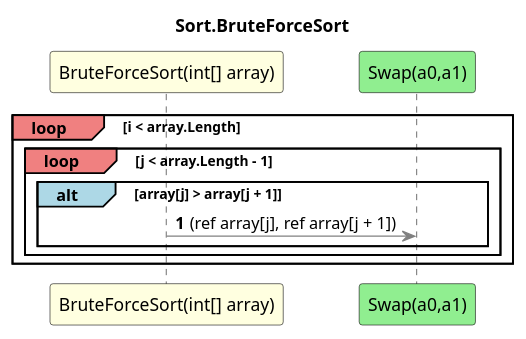
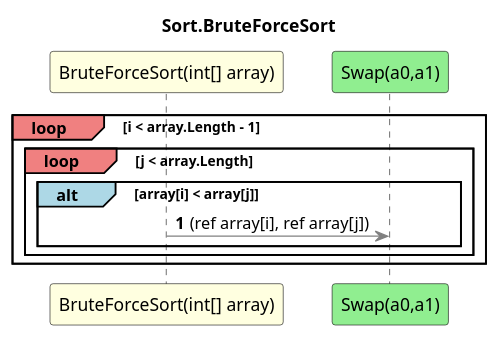
The diagram in SortingAlgorithms.ConApp/diagrams/sq_Sort_BruteForceSort.puml (leoggehrer/2324-34_ABIF_ACIF_POSE), drawn with PlantUML before and after one commit. The commit also changed 13 other files, not shown here.

Commit message:
Generate sort diagrams.

```diff
--- a/SortingAlgorithms.ConApp/diagrams/sq_Sort_BruteForceSort.puml
+++ b/SortingAlgorithms.ConApp/diagrams/sq_Sort_BruteForceSort.puml
@@ -1,13 +1,13 @@
 @startuml Sort.BruteForceSort
 title Sort.BruteForceSort
 participant "BruteForceSort(int[] array)" as BruteForceSort_p0 #LightYellow
 participant "Swap(a0,a1)" as Swap_a0_a1 #LightGreen
 autonumber
-loop#LightCoral i < array.Length
-    loop#LightCoral j < array.Length - 1
-        alt#LightBlue array[j] > array[j + 1]
-            BruteForceSort_p0 -[#grey]> Swap_a0_a1 : (ref array[j], ref array[j + 1])
+loop#LightCoral i < array.Length - 1
+    loop#LightCoral j < array.Length
+        alt#LightBlue array[i] < array[j]
+            BruteForceSort_p0 -[#grey]> Swap_a0_a1 : (ref array[i], ref array[j])
         end
     end
 end
 @enduml
```
